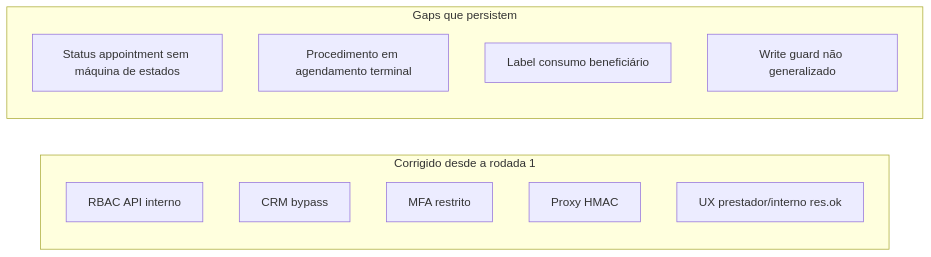
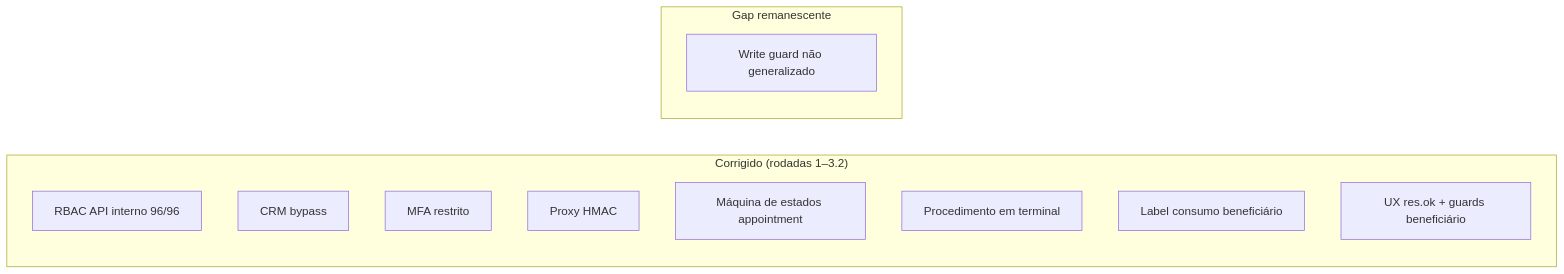
The diagram in docs/produto/AUDITORIA_FLUXOS.md (Piulres/sistema-bibi), drawn with Mermaid before and after one commit. The commit also changed other lines of this file and 6 other files, not shown here.

````diff
--- a/docs/produto/AUDITORIA_FLUXOS.md
+++ b/docs/produto/AUDITORIA_FLUXOS.md
@@ -64,16 +64,16 @@
 ```mermaid
 flowchart LR
-  subgraph OK["Corrigido desde a rodada 1"]
-    R[RBAC API interno]
+  subgraph OK["Corrigido (rodadas 1–3.2)"]
+    R[RBAC API interno 96/96]
     C[CRM bypass]
     M[MFA restrito]
     X[Proxy HMAC]
-    U[UX prestador/interno res.ok]
+    S[Máquina de estados appointment]
+    P[Procedimento em terminal]
+    B[Label consumo beneficiário]
+    U[UX res.ok + guards beneficiário]
   end
-  subgraph GAP["Gaps que persistem"]
-    S[Status appointment sem máquina de estados]
-    P[Procedimento em agendamento terminal]
-    B[Label consumo beneficiário]
+  subgraph GAP["Gap remanescente"]
     W[Write guard não generalizado]
   end
 ```
````
